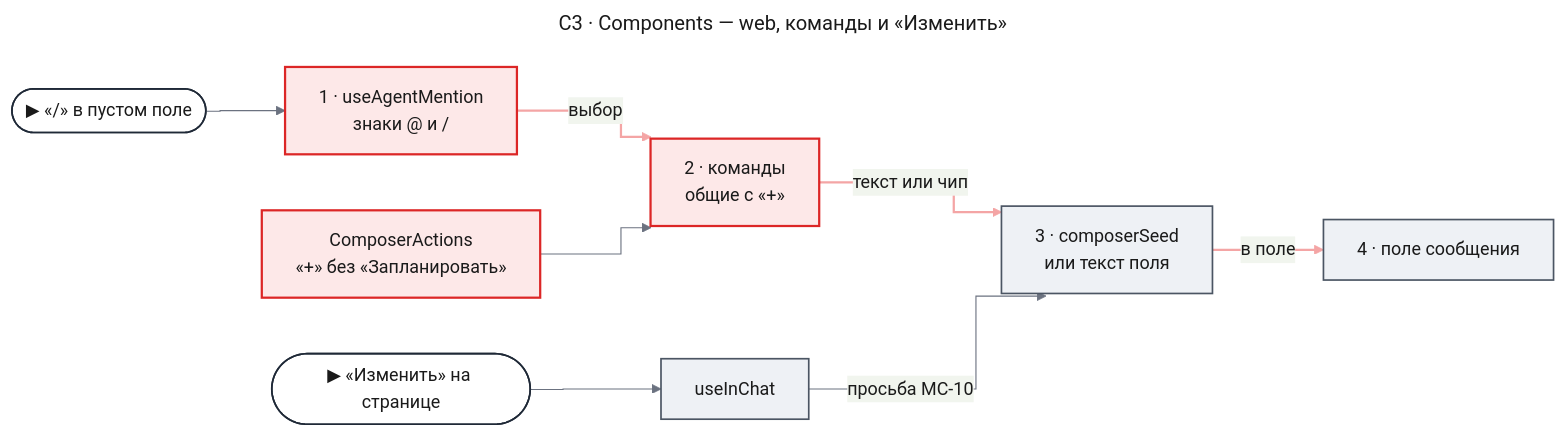
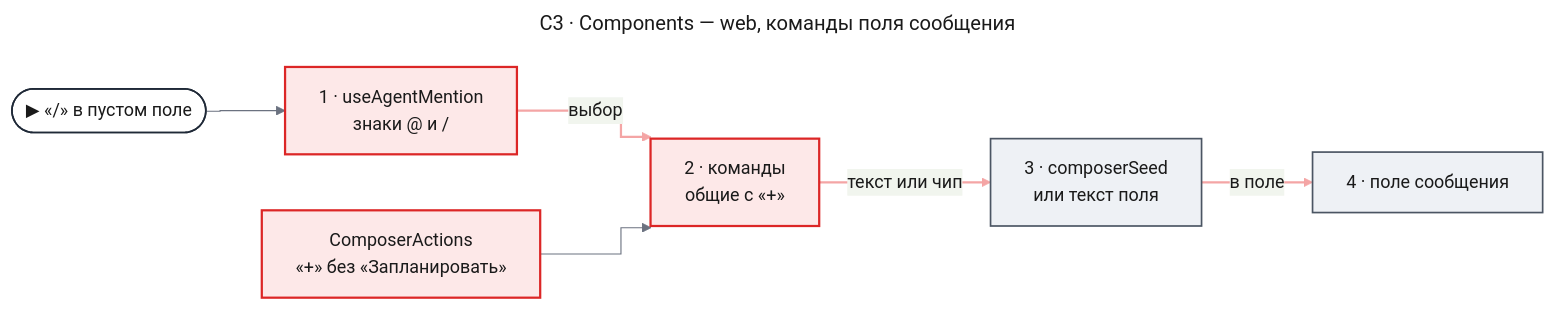
One commit to tundraray/agent-os changed the second of 3 diagrams in docs/features/chat-scheduling/design-web.md. Above: the diagram before and after it, drawn with Mermaid. The commit also changed other lines of this file, not shown here.

Commit message:
docs: rewrite the chat scheduling web design for the compact card and the page form

````diff
--- a/docs/features/chat-scheduling/design-web.md
+++ b/docs/features/chat-scheduling/design-web.md
@@ -271,46 +214,41 @@
 ```mermaid
 ---
-title: "C3 · Components — web, команды и «Изменить»"
+title: "C3 · Components — web, команды поля сообщения"
 config:
   theme: base
   look: classic
   themeVariables:
     primaryColor: "#eef1f5"
     primaryBorderColor: "#4b5563"
     primaryTextColor: "#1a1a1a"
     lineColor: "#6b7280"
   flowchart:
     curve: step
   themeCSS: |
     @keyframes lit_wcp{0%,22.5%{stroke:#991b1b;stroke-width:6px}25%,100%{stroke:#f4a5a5;stroke-width:2px}}
 ---
 flowchart LR
     entry(["▶ «/» в пустом поле"])
     mention["1 · useAgentMention<br/>знаки @ и /"]
     commands["2 · команды<br/>общие с «+»"]
     seed["3 · composerSeed<br/>или текст поля"]
     field["4 · поле сообщения"]
     plus["ComposerActions<br/>«+» без «Запланировать»"]
-    page(["▶ «Изменить» на странице"])
-    inchat["useInChat"]
     entry --> mention
     mention e1@-->|"выбор"| commands
     commands e2@-->|"текст или чип"| seed
     seed e3@-->|"в поле"| field
     plus --> commands
-    page --> inchat
-    inchat -->|"просьба MC-10"| seed
     classDef entry fill:#ffffff,stroke:#1f2937,stroke-width:1.5px,color:#1a1a1a
     classDef changed fill:#fde8e8,stroke:#dc2626,stroke-width:2px,color:#1a1a1a
-    classDef new fill:#e6f4ea,stroke:#16a34a,stroke-width:2px,color:#1a1a1a
     classDef unchanged fill:#eef1f5,stroke:#4b5563,stroke-width:1.5px,color:#1a1a1a
     classDef w1 stroke:#f4a5a5,stroke-width:2px,animation:lit_wcp 3.6s linear 0s infinite
     classDef w2 stroke:#f4a5a5,stroke-width:2px,animation:lit_wcp 3.6s linear 1.2s infinite
     classDef w3 stroke:#f4a5a5,stroke-width:2px,animation:lit_wcp 3.6s linear 2.4s infinite
-    class entry,page entry
+    class entry entry
     class mention,commands,plus changed
-    class seed,field,inchat unchanged
+    class seed,field unchanged
     class e1 w1
     class e2 w2
     class e3 w3
 ```
````
